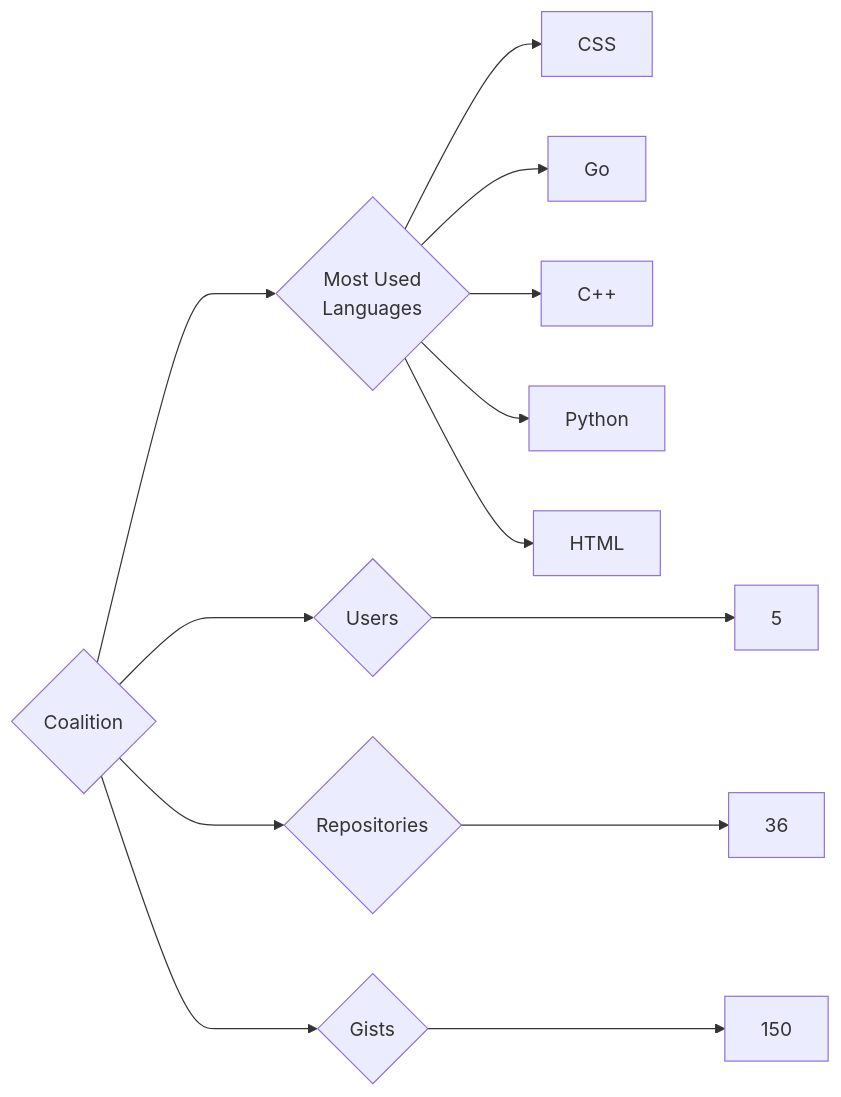
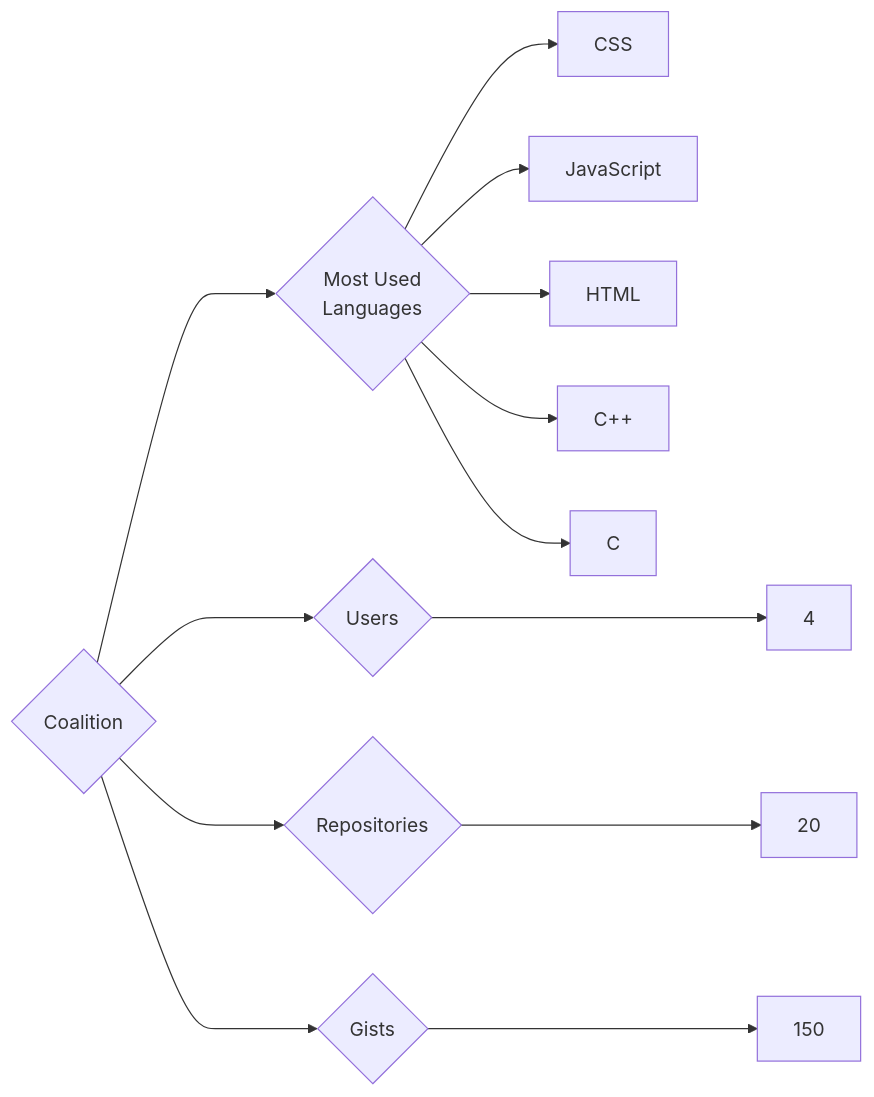
The diagram in targets/Coalition/README.md (trickest/insiders), drawn with Mermaid before and after one commit. The commit also changed 682 other files, not shown here.

````diff
--- a/targets/Coalition/README.md
+++ b/targets/Coalition/README.md
@@ -3,13 +3,13 @@
 ```mermaid
 graph LR
 COMPANY_NAME{Coalition}
-COMPANY_NAME ---> U{Users} ---> UN[5]
-COMPANY_NAME ---> R{Repositories} ---> RN[36]
+COMPANY_NAME ---> U{Users} ---> UN[4]
+COMPANY_NAME ---> R{Repositories} ---> RN[20]
 COMPANY_NAME ---> G{Gists} ---> GN[150]
 COMPANY_NAME ---> ML{Most Used<br>Languages}
 ML --> CSS[CSS]
-ML --> Go[Go]
+ML --> JavaScript[JavaScript]
+ML --> HTML[HTML]
 ML --> C++[C++]
-ML --> Python[Python]
-ML --> HTML[HTML]
+ML --> C[C]
 ```
````
